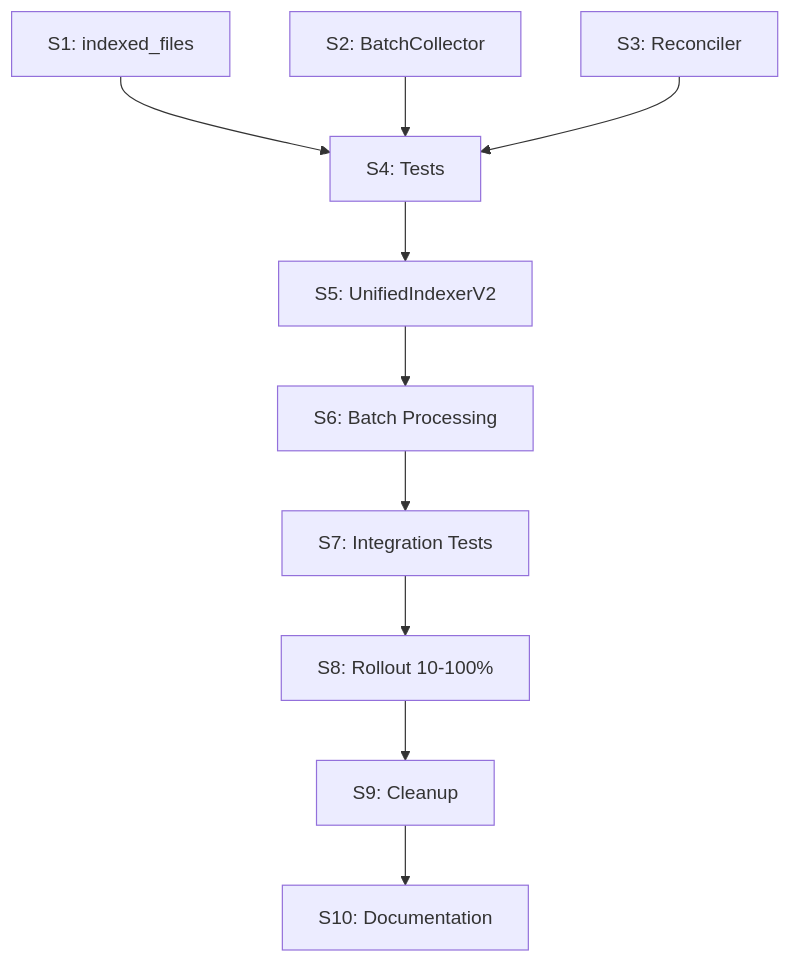
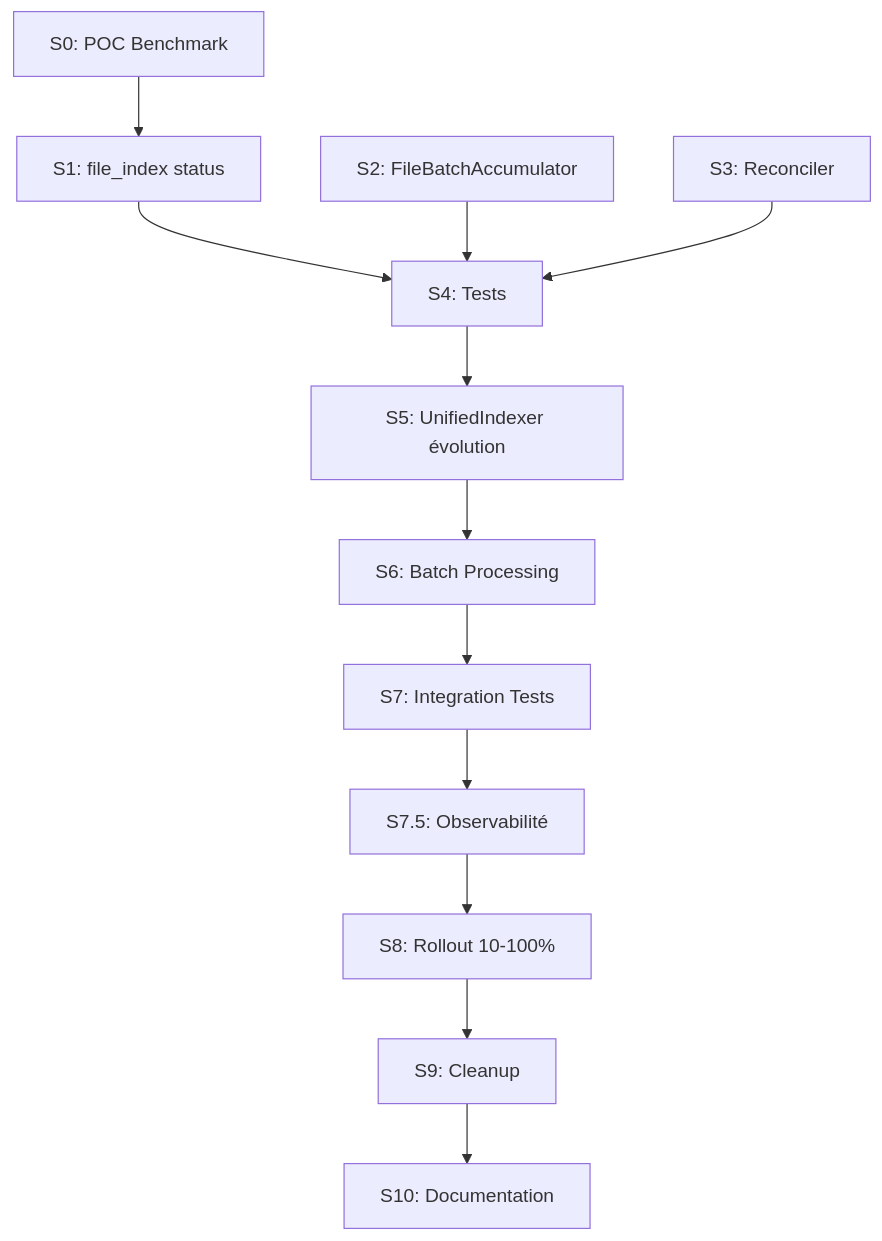
The diagram in docs/epics/epic-unified-indexer.md (OpenClaudeAgent/opencode-monitor), drawn with Mermaid before and after one commit. The commit also changed other lines of this file and 3 other files, not shown here.

First line of the commit message:
docs: validate POC results for Plan 46 Unified Indexer v2

````diff
--- a/docs/epics/epic-unified-indexer.md
+++ b/docs/epics/epic-unified-indexer.md
@@ -1210,12 +1249,14 @@
 ```mermaid
 graph TD
-    S1[S1: indexed_files] --> S4[S4: Tests]
-    S2[S2: BatchCollector] --> S4
+    S0[S0: POC Benchmark] --> S1
+    S1[S1: file_index status] --> S4[S4: Tests]
+    S2[S2: FileBatchAccumulator] --> S4
     S3[S3: Reconciler] --> S4
-    S4 --> S5[S5: UnifiedIndexerV2]
+    S4 --> S5[S5: UnifiedIndexer évolution]
     S5 --> S6[S6: Batch Processing]
     S6 --> S7[S7: Integration Tests]
-    S7 --> S8[S8: Rollout 10-100%]
+    S7 --> S7.5[S7.5: Observabilité]
+    S7.5 --> S8[S8: Rollout 10-100%]
     S8 --> S9[S9: Cleanup]
     S9 --> S10[S10: Documentation]
 ```
````
